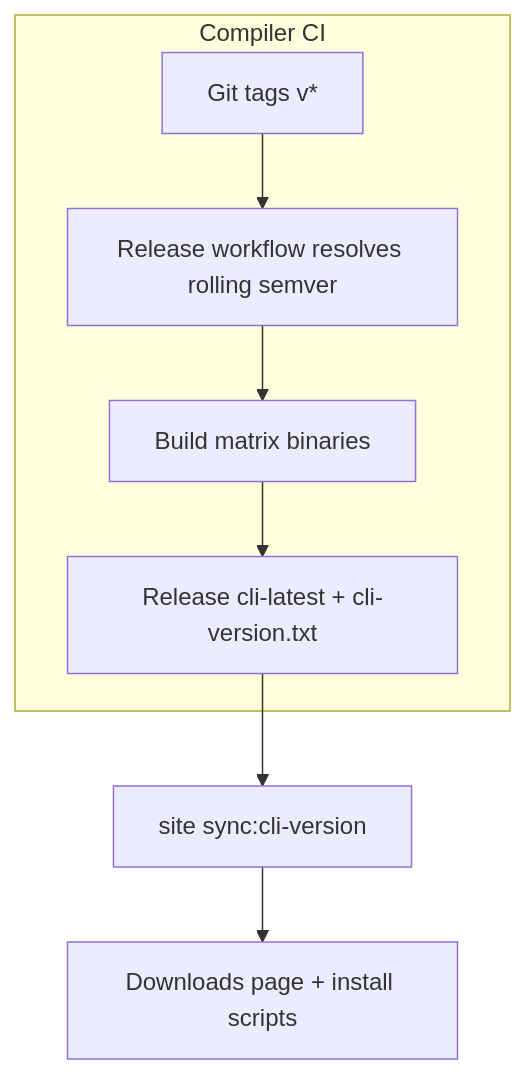
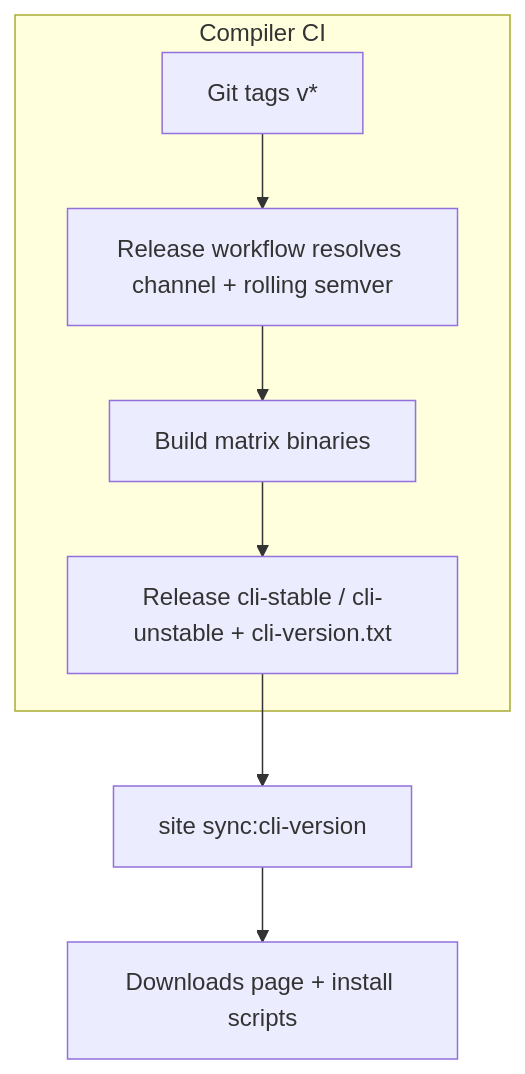
Before and after one commit to Cyber-Nomad-Collective/beskid: the diagram in site/website/src/content/docs/book/01-it-works-on-my-machine/downloads-and-releases.md, drawn with Mermaid. The commit also changed other lines of this file and 9 other files, not shown here.

Commit message:
feat: add unstable distribution channel and align download addresses

````diff
--- a/site/website/src/content/docs/book/01-it-works-on-my-machine/downloads-and-releases.md
+++ b/site/website/src/content/docs/book/01-it-works-on-my-machine/downloads-and-releases.md
@@ -13,10 +13,10 @@
 ```mermaid
 flowchart TD
   subgraph ci [Compiler CI]
-    T[Git tags v*] --> V[Release workflow resolves rolling semver]
+    T[Git tags v*] --> V[Release workflow resolves channel + rolling semver]
     V --> B[Build matrix binaries]
-    B --> R[Release cli-latest + cli-version.txt]
+    B --> R[Release cli-stable / cli-unstable + cli-version.txt]
   end
   R --> S[site sync:cli-version]
   S --> D[Downloads page + install scripts]
 ```
````
